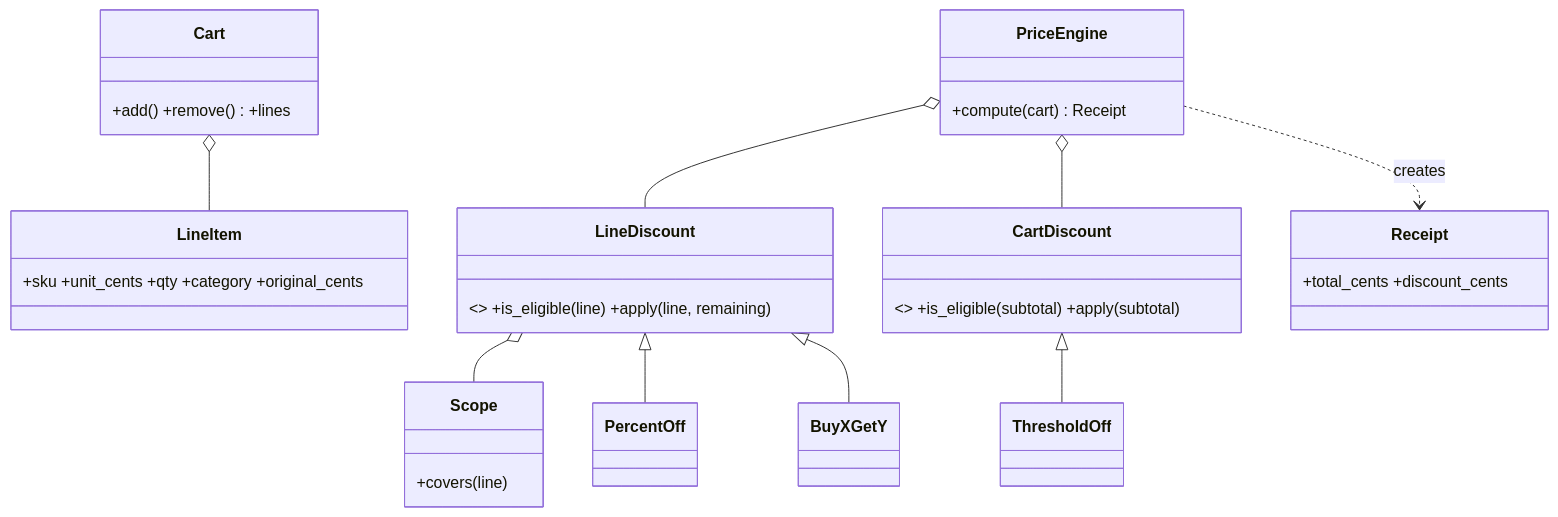
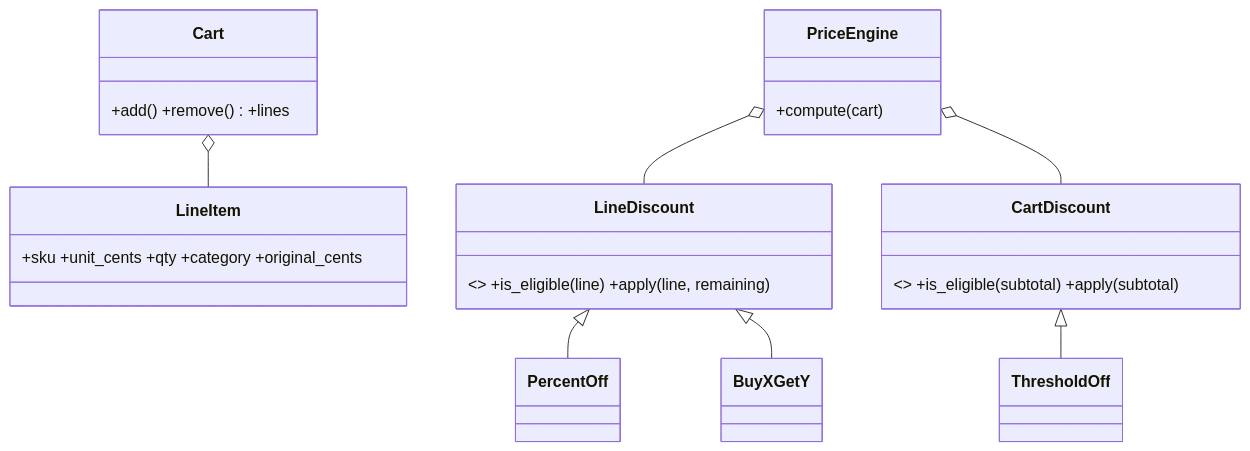
The diagram in vault/domains/low-level-design/readings/problems/solution-amz-discount-engine.md (ChiChasesCheese/trellis), drawn with Mermaid before and after one commit. The commit also changed other lines of this file and 18 other files, not shown here.

````diff
--- a/vault/domains/low-level-design/readings/problems/solution-amz-discount-engine.md
+++ b/vault/domains/low-level-design/readings/problems/solution-amz-discount-engine.md
@@ -50,21 +44,17 @@
 ```mermaid
 classDiagram
     class LineItem { +sku +unit_cents +qty +category +original_cents }
     class Cart { +add() +remove() +lines }
-    class Scope { +covers(line) }
     class LineDiscount { <<abstract>> +is_eligible(line) +apply(line, remaining) }
     class PercentOff
     class BuyXGetY
     class CartDiscount { <<abstract>> +is_eligible(subtotal) +apply(subtotal) }
     class ThresholdOff
-    class PriceEngine { +compute(cart) Receipt }
-    class Receipt { +total_cents +discount_cents }
+    class PriceEngine { +compute(cart) }
     Cart o-- LineItem
-    LineDiscount o-- Scope
     LineDiscount <|-- PercentOff
     LineDiscount <|-- BuyXGetY
     CartDiscount <|-- ThresholdOff
     PriceEngine o-- LineDiscount
     PriceEngine o-- CartDiscount
-    PriceEngine ..> Receipt : creates
 ```
````
